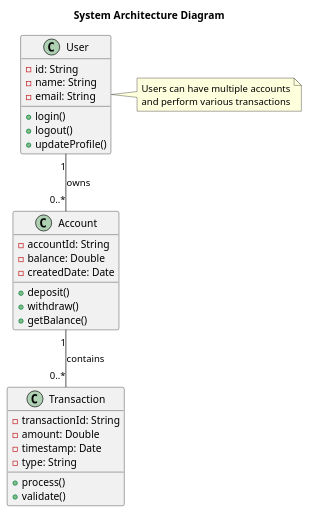
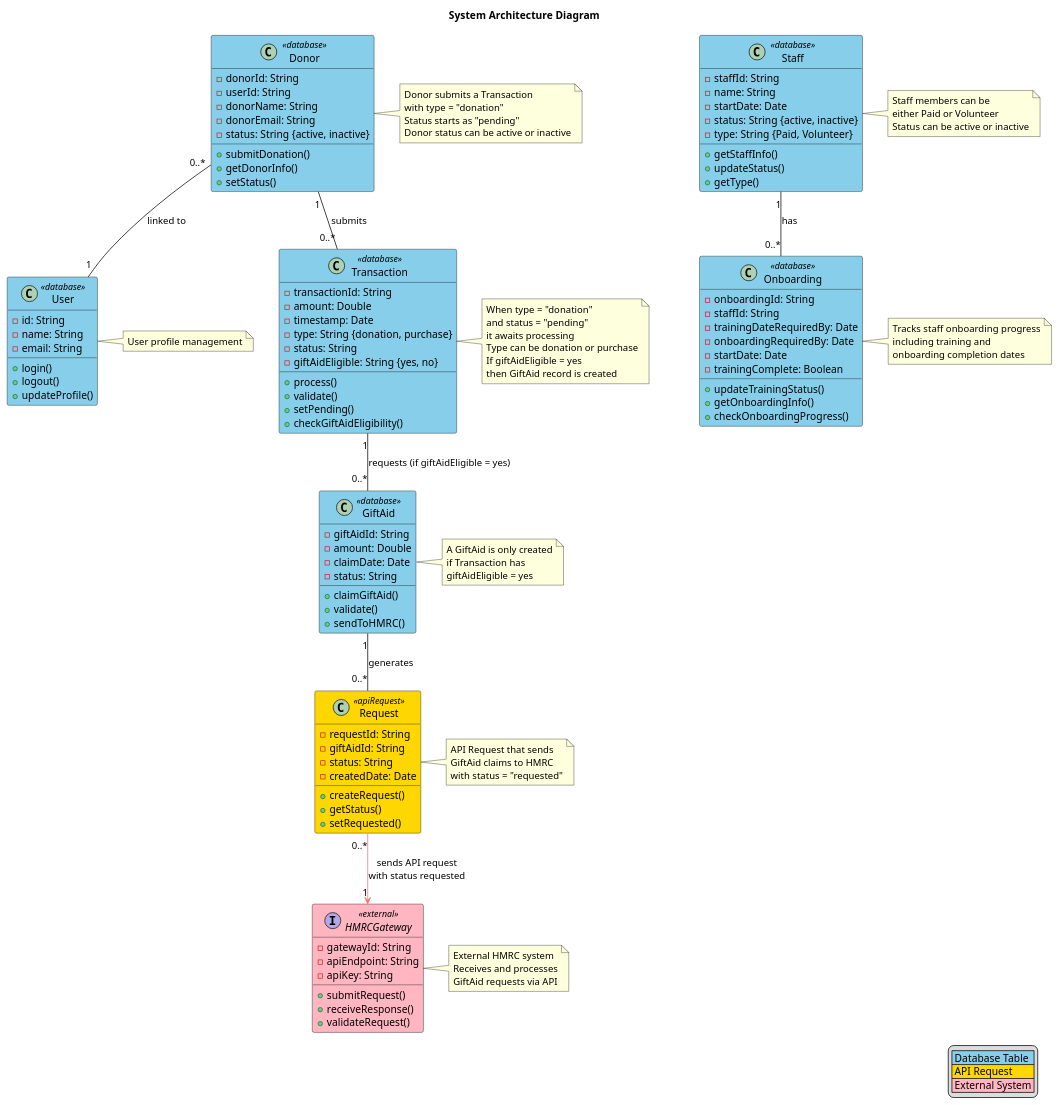
One commit to benheapy-TTECDigital/bentest changed the diagram in diagram.puml. Above: the diagram before and after it, drawn with PlantUML.

Commit message:
final change

```diff
--- a/diagram.puml
+++ b/diagram.puml
@@ -1,44 +1,172 @@
 @startuml
 ' PlantUML Diagram Example
 ' This demonstrates a simple class diagram
 
 title System Architecture Diagram
 
-' Define classes
-class User {
+' Define custom colors for stereotypes
+skinparam classBorderColor #000000
+skinparam classBackgroundColor #FFFFFF
+skinparam classArrowColor #000000
+
+' Database Table color
+skinparam class {
+  BackgroundColor<<database>> #87CEEB
+  BackgroundColor<<apiRequest>> #FFD700
+  BackgroundColor<<external>> #FFB6C1
+}
+
+' Define Database Tables
+class Donor <<database>> {
+  -donorId: String
+  -userId: String
+  -donorName: String
+  -donorEmail: String
+  -status: String {active, inactive}
+  +submitDonation()
+  +getDonorInfo()
+  +setStatus()
+}
+
+class User <<database>> {
   -id: String
   -name: String
   -email: String
   +login()
   +logout()
   +updateProfile()
 }
 
-class Account {
-  -accountId: String
-  -balance: Double
-  -createdDate: Date
-  +deposit()
-  +withdraw()
-  +getBalance()
-}
-
-class Transaction {
+class Transaction <<database>> {
   -transactionId: String
   -amount: Double
   -timestamp: Date
-  -type: String
+  -type: String {donation, purchase}
+  -status: String
+  -giftAidEligible: String {yes, no}
   +process()
   +validate()
+  +setPending()
+  +checkGiftAidEligibility()
+}
+
+class GiftAid <<database>> {
+  -giftAidId: String
+  -amount: Double
+  -claimDate: Date
+  -status: String
+  +claimGiftAid()
+  +validate()
+  +sendToHMRC()
+}
+
+class Staff <<database>> {
+  -staffId: String
+  -name: String
+  -startDate: Date
+  -status: String {active, inactive}
+  -type: String {Paid, Volunteer}
+  +getStaffInfo()
+  +updateStatus()
+  +getType()
+}
+
+class Onboarding <<database>> {
+  -onboardingId: String
+  -staffId: String
+  -trainingDateRequiredBy: Date
+  -onboardingRequiredBy: Date
+  -startDate: Date
+  -trainingComplete: Boolean
+  +updateTrainingStatus()
+  +getOnboardingInfo()
+  +checkOnboardingProgress()
+}
+
+' Define API Request
+class Request <<apiRequest>> {
+  -requestId: String
+  -giftAidId: String
+  -status: String
+  -createdDate: Date
+  +createRequest()
+  +getStatus()
+  +setRequested()
+}
+
+' Define External API/Gateway
+interface HMRCGateway <<external>> {
+  -gatewayId: String
+  -apiEndpoint: String
+  -apiKey: String
+  +submitRequest()
+  +receiveResponse()
+  +validateRequest()
 }
 
 ' Define relationships
-User "1" -- "0..*" Account : owns
-Account "1" -- "0..*" Transaction : contains
+Donor "0..*" -- "1" User : linked to
+Donor "1" -- "0..*" Transaction : submits
+Transaction "1" -- "0..*" GiftAid : requests (if giftAidEligible = yes)
+GiftAid "1" -- "0..*" Request : generates
+Request "0..*" -[#FF6B6B]-> "1" HMRCGateway : sends API request\nwith status requested
+Staff "1" -- "0..*" Onboarding : has
+
+note right of Donor
+  Donor submits a Transaction
+  with type = "donation"
+  Status starts as "pending"
+  Donor status can be active or inactive
+end note
 
 note right of User
-  Users can have multiple accounts
-  and perform various transactions
+  User profile management
 end note
 
+note right of Transaction
+  When type = "donation"
+  and status = "pending"
+  it awaits processing
+  Type can be donation or purchase
+  If giftAidEligible = yes
+  then GiftAid record is created
+end note
+
+note right of GiftAid
+  A GiftAid is only created
+  if Transaction has
+  giftAidEligible = yes
+end note
+
+note right of Staff
+  Staff members can be
+  either Paid or Volunteer
+  Status can be active or inactive
+end note
+
+note right of Onboarding
+  Tracks staff onboarding progress
+  including training and
+  onboarding completion dates
+end note
+
+note right of Request
+  API Request that sends
+  GiftAid claims to HMRC
+  with status = "requested"
+end note
+
+note right of HMRCGateway
+  External HMRC system
+  Receives and processes
+  GiftAid requests via API
+end note
+
+' Legend/Key
+legend right
+  |<#87CEEB> Database Table |
+  |<#FFD700> API Request |
+  |<#FFB6C1> External System |
+end legend
+
 @enduml
```
